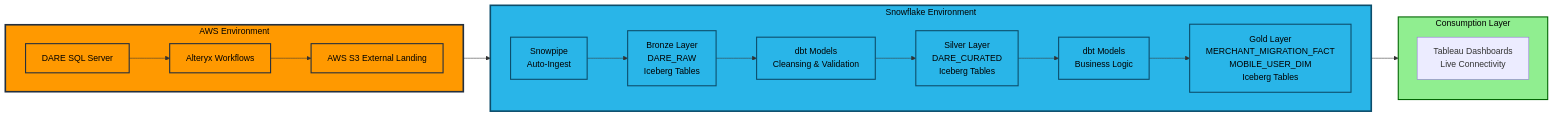
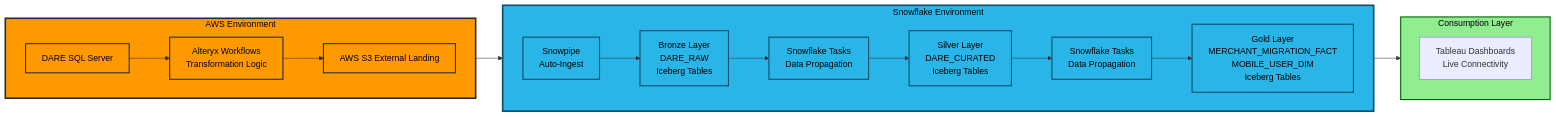
Diagram 12 of 23 in 15-BB-QPD Future State/QPD - Future State.md (sfc-gh-mhindi/REPO_CBA), drawn with Mermaid before and after one commit. The commit also changed other lines of this file, not shown here.

````diff
--- a/15-BB-QPD Future State/QPD - Future State.md
+++ b/15-BB-QPD Future State/QPD - Future State.md
@@ -1302,49 +1303,49 @@
 ```mermaid
 graph LR
     subgraph AWS["AWS Environment"]
         direction LR
         Source[DARE SQL Server]
-        Alteryx[Alteryx Workflows]
+        Alteryx[Alteryx Workflows<br/>Transformation Logic]
         S3[AWS S3 External Landing]
         
         Source --> Alteryx
         Alteryx --> S3
     end
     
     subgraph Snowflake["Snowflake Environment"]
         direction LR
         Snowpipe[Snowpipe<br/>Auto-Ingest]
         Bronze[Bronze Layer<br/>DARE_RAW<br/>Iceberg Tables]
-        dbt_silver[dbt Models<br/>Cleansing & Validation]
+        Tasks_Silver[Snowflake Tasks<br/>Data Propagation]
         Silver[Silver Layer<br/>DARE_CURATED<br/>Iceberg Tables]
-        dbt_gold[dbt Models<br/>Business Logic]
+        Tasks_Gold[Snowflake Tasks<br/>Data Propagation]
         Gold[Gold Layer<br/>MERCHANT_MIGRATION_FACT<br/>MOBILE_USER_DIM<br/>Iceberg Tables]
         
         Snowpipe --> Bronze
-        Bronze --> dbt_silver
-        dbt_silver --> Silver
-        Silver --> dbt_gold
-        dbt_gold --> Gold
+        Bronze --> Tasks_Silver
+        Tasks_Silver --> Silver
+        Silver --> Tasks_Gold
+        Tasks_Gold --> Gold
     end
     
     subgraph Consumption["Consumption Layer"]
         direction TB
         Tableau[Tableau Dashboards<br/>Live Connectivity]
     end
     
     S3 --> Snowpipe
     Gold --> Tableau
     
     style AWS fill:#ff9900,stroke:#232f3e,stroke-width:3px,color:#000
     style Snowflake fill:#29b5e8,stroke:#0c4d6b,stroke-width:3px,color:#000
     style Consumption fill:#90ee90,stroke:#006400,stroke-width:2px,color:#000
     style Source fill:#ff9900,stroke:#232f3e,stroke-width:2px,color:#000
     style Alteryx fill:#ff9900,stroke:#232f3e,stroke-width:2px,color:#000
     style S3 fill:#ff9900,stroke:#232f3e,stroke-width:2px,color:#000
     style Snowpipe fill:#29b5e8,stroke:#0c4d6b,stroke-width:2px,color:#000
     style Bronze fill:#29b5e8,stroke:#0c4d6b,stroke-width:2px,color:#000
-    style dbt_silver fill:#29b5e8,stroke:#0c4d6b,stroke-width:2px,color:#000
+    style Tasks_Silver fill:#29b5e8,stroke:#0c4d6b,stroke-width:2px,color:#000
     style Silver fill:#29b5e8,stroke:#0c4d6b,stroke-width:2px,color:#000
-    style dbt_gold fill:#29b5e8,stroke:#0c4d6b,stroke-width:2px,color:#000
+    style Tasks_Gold fill:#29b5e8,stroke:#0c4d6b,stroke-width:2px,color:#000
     style Gold fill:#29b5e8,stroke:#0c4d6b,stroke-width:2px,color:#000
 ```
````
